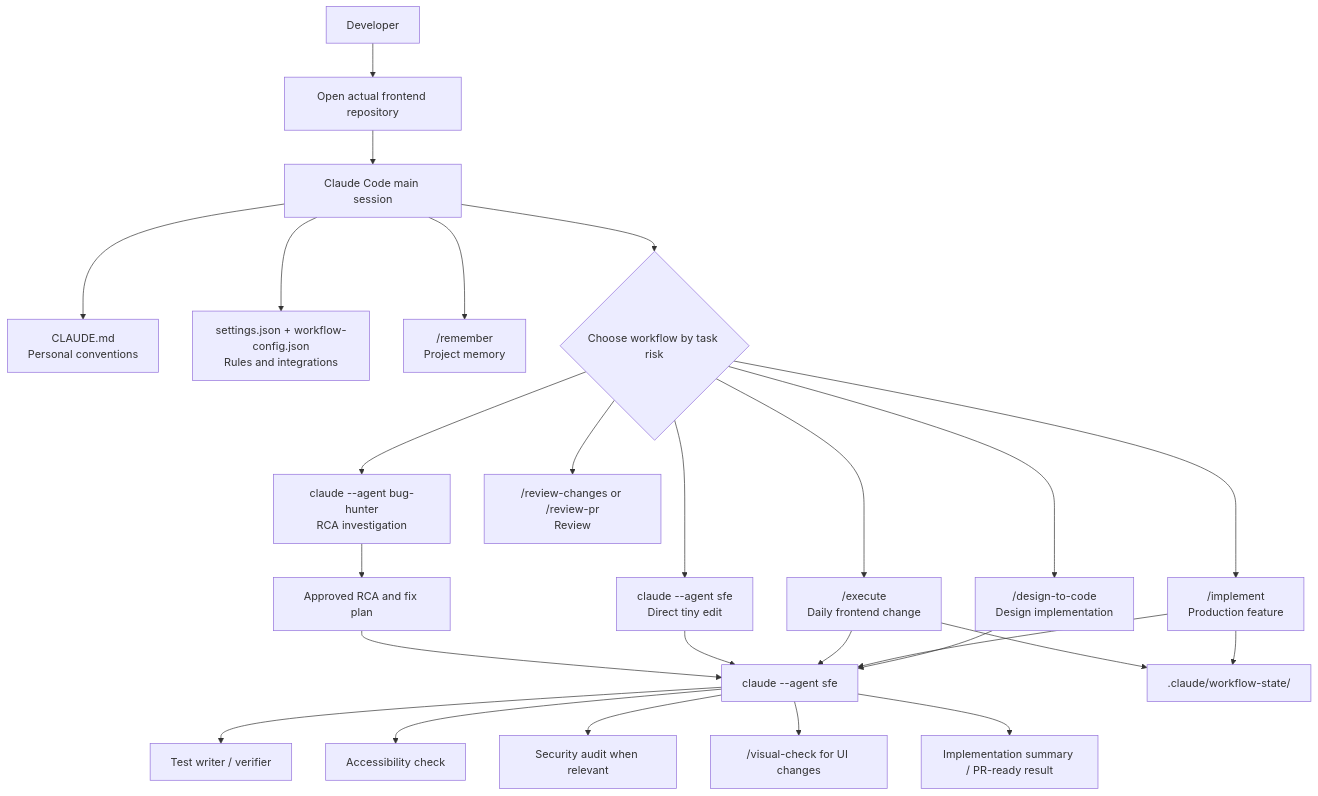
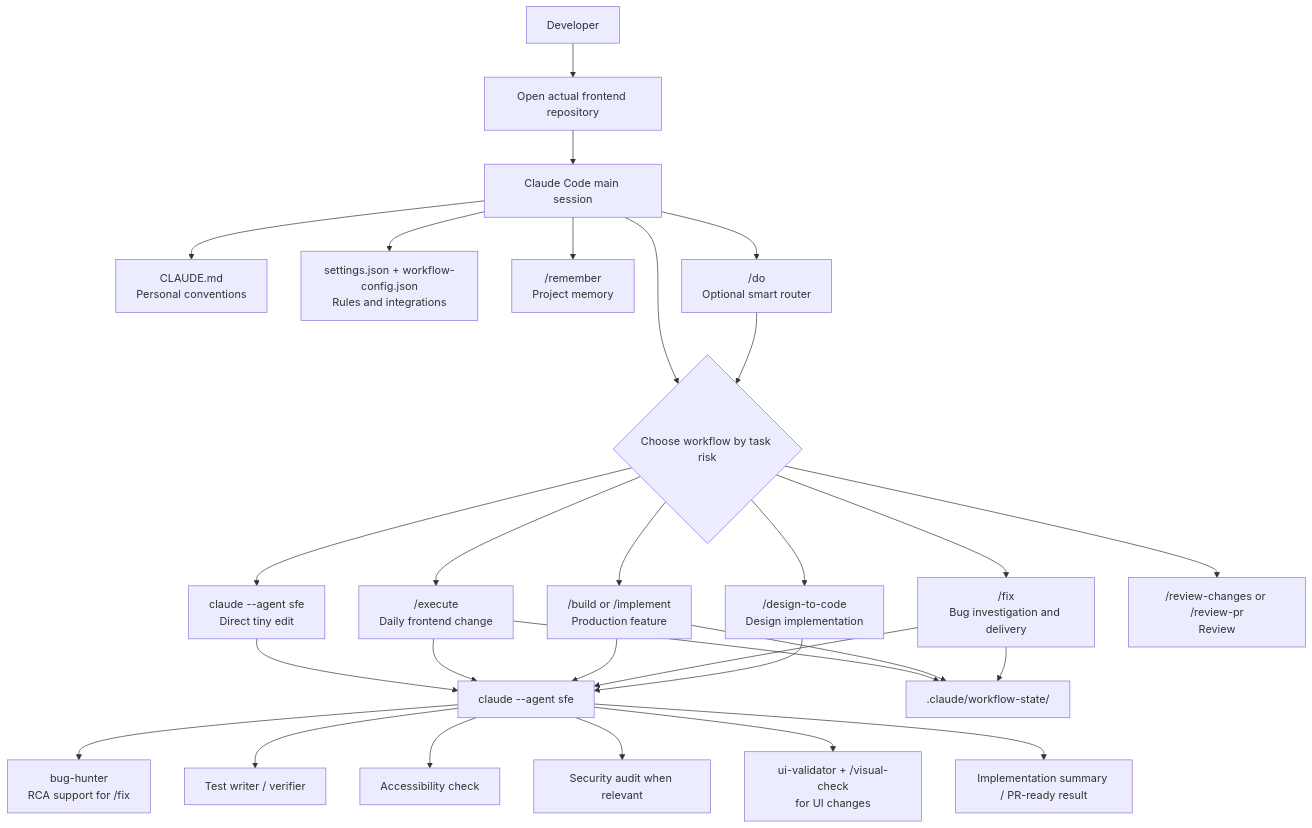
The first of 6 diagrams in README.md (YashLT224/claude-fe-agent), drawn with Mermaid before and after one commit. The commit also changed other lines of this file and 7 other files, not shown here.

First line of the commit message:
feat: add /do router, /build, /fix, /a11y-check skills and ui-validator agent

````diff
--- a/README.md
+++ b/README.md
@@ -80,34 +80,37 @@
 ```mermaid
 flowchart TD
     DEV["Developer"] --> START["Open actual frontend repository"]
     START --> CC["Claude Code main session"]
 
     CC --> CONTEXT["CLAUDE.md<br/>Personal conventions"]
     CC --> CONFIG["settings.json + workflow-config.json<br/>Rules and integrations"]
     CC --> MEMORY["/remember<br/>Project memory"]
 
+    CC --> AUTO["/do<br/>Optional smart router"]
     CC --> ROUTE{"Choose workflow by task risk"}
+    AUTO --> ROUTE
 
     ROUTE --> DIRECT["claude --agent sfe<br/>Direct tiny edit"]
     ROUTE --> EXEC["/execute<br/>Daily frontend change"]
-    ROUTE --> IMPL["/implement<br/>Production feature"]
-    ROUTE --> BUG["claude --agent bug-hunter<br/>RCA investigation"]
+    ROUTE --> BUILD["/build or /implement<br/>Production feature"]
+    ROUTE --> FIX["/fix<br/>Bug investigation and delivery"]
     ROUTE --> DESIGN["/design-to-code<br/>Design implementation"]
     ROUTE --> REVIEW["/review-changes or /review-pr<br/>Review"]
 
-    BUG --> HANDOFF["Approved RCA and fix plan"]
-    HANDOFF --> SFE["claude --agent sfe"]
+    SFE["claude --agent sfe"] --> BUG["bug-hunter<br/>RCA support for /fix"]
     DIRECT --> SFE
     EXEC --> SFE
-    IMPL --> SFE
+    BUILD --> SFE
+    FIX --> SFE
     DESIGN --> SFE
 
     SFE --> TEST["Test writer / verifier"]
     SFE --> A11Y["Accessibility check"]
     SFE --> SECURITY["Security audit when relevant"]
-    SFE --> VISUAL["/visual-check for UI changes"]
+    SFE --> VISUAL["ui-validator + /visual-check<br/>for UI changes"]
 
     EXEC --> STATE[".claude/workflow-state/"]
-    IMPL --> STATE
+    BUILD --> STATE
+    FIX --> STATE
     SFE --> DELIVERY["Implementation summary / PR-ready result"]
 ```
````
